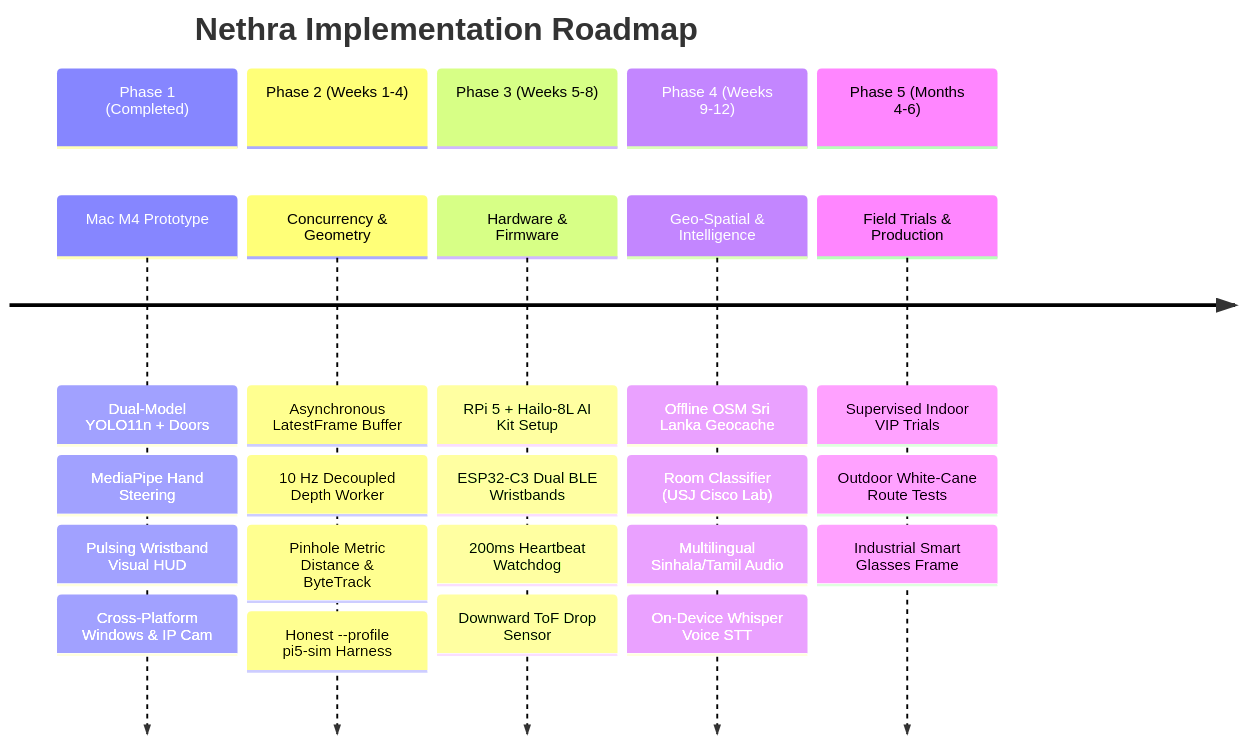
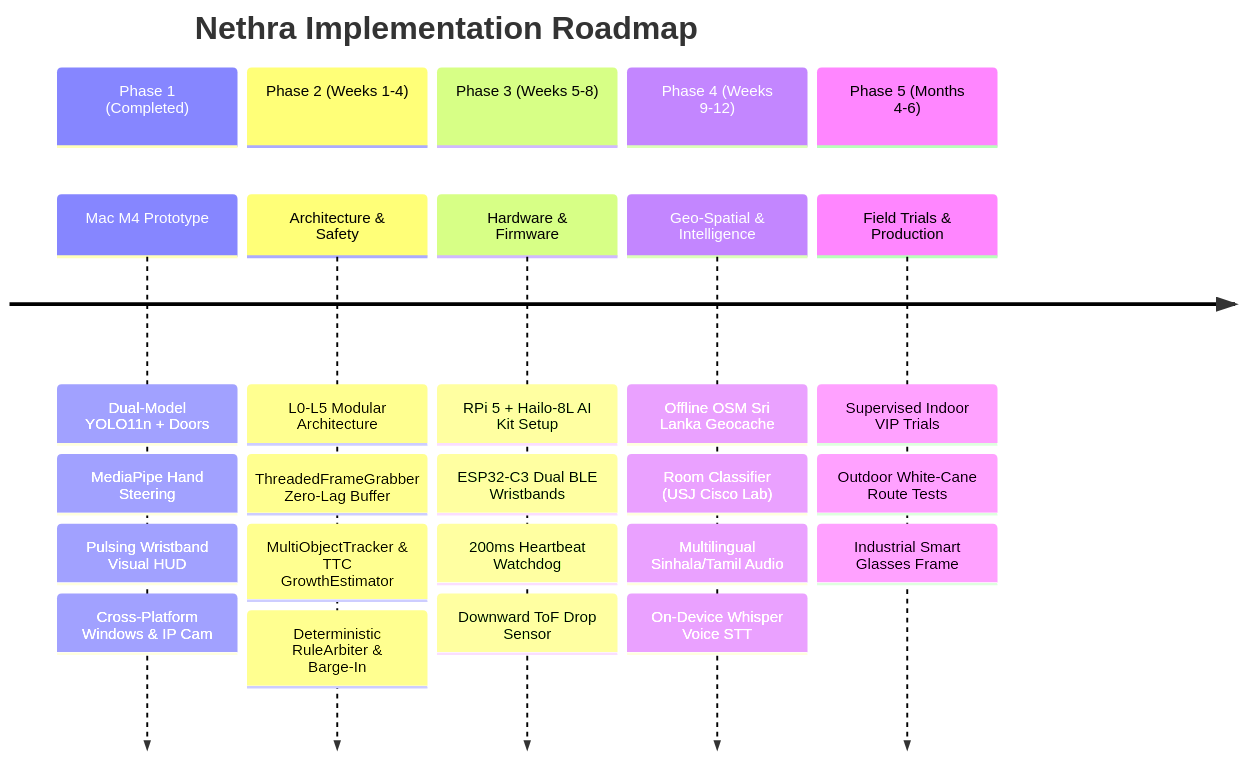
Before and after one commit to MahenDulnith/Nethra: the second of 2 diagrams in docs/MASTER_IMPLEMENTATION_PLAN.md, drawn with Mermaid. The commit also changed other lines of this file, not shown here.

Commit message:
docs(plan): remove Section 3.1 Pinhole Camera Geometry from MASTER_IMPLEMENTATION_PLAN.md

````diff
--- a/docs/MASTER_IMPLEMENTATION_PLAN.md
+++ b/docs/MASTER_IMPLEMENTATION_PLAN.md
@@ -201,28 +184,28 @@
 ```mermaid
 timeline
     title Nethra Implementation Roadmap
     section Phase 1 (Completed)
         Mac M4 Prototype : Dual-Model YOLO11n + Doors
                          : MediaPipe Hand Steering
                          : Pulsing Wristband Visual HUD
                          : Cross-Platform Windows & IP Cam
     section Phase 2 (Weeks 1-4)
-        Concurrency & Geometry : Asynchronous LatestFrame Buffer
-                               : 10 Hz Decoupled Depth Worker
-                               : Pinhole Metric Distance & ByteTrack
-                               : Honest --profile pi5-sim Harness
+        Architecture & Safety : L0-L5 Modular Architecture
+                              : ThreadedFrameGrabber Zero-Lag Buffer
+                              : MultiObjectTracker & TTC GrowthEstimator
+                              : Deterministic RuleArbiter & Barge-In
     section Phase 3 (Weeks 5-8)
         Hardware & Firmware : RPi 5 + Hailo-8L AI Kit Setup
                             : ESP32-C3 Dual BLE Wristbands
                             : 200ms Heartbeat Watchdog
                             : Downward ToF Drop Sensor
     section Phase 4 (Weeks 9-12)
         Geo-Spatial & Intelligence : Offline OSM Sri Lanka Geocache
                                    : Room Classifier (USJ Cisco Lab)
                                    : Multilingual Sinhala/Tamil Audio
                                    : On-Device Whisper Voice STT
     section Phase 5 (Months 4-6)
         Field Trials & Production : Supervised Indoor VIP Trials
                                   : Outdoor White-Cane Route Tests
                                   : Industrial Smart Glasses Frame
 ```
````
